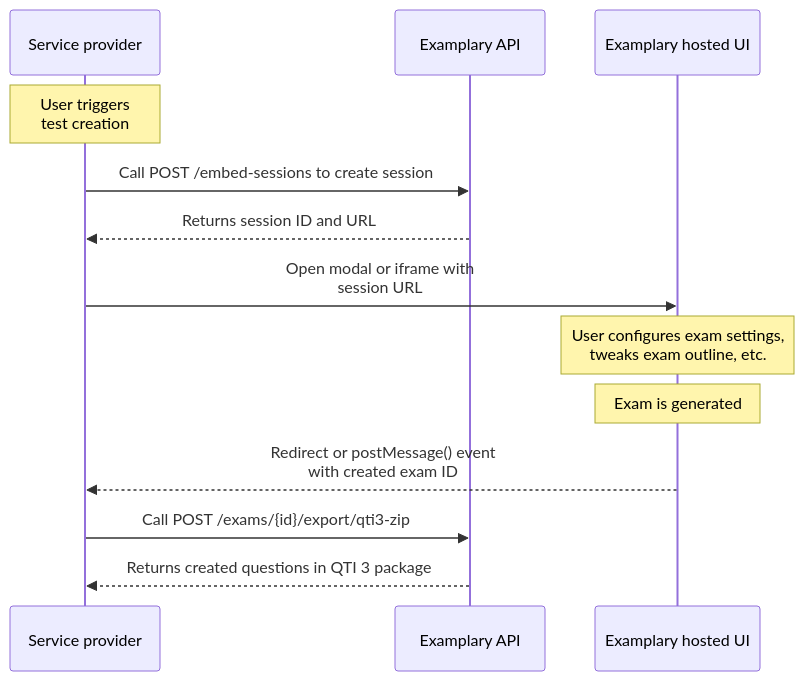
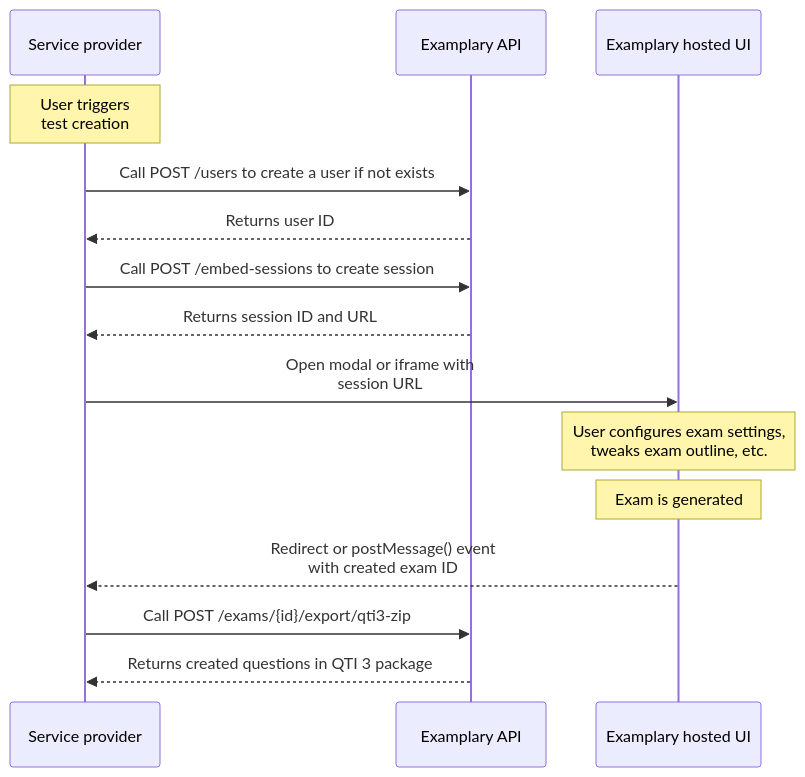
Before and after one commit to examplary-ai/developer-docs: the diagram in docs/embed-sessions/index.md, drawn with Mermaid. The commit also changed 1 other file, not shown here.

Commit message:
chore(embed): add docs on creating users

````diff
--- a/docs/embed-sessions/index.md
+++ b/docs/embed-sessions/index.md
@@ -29,21 +29,24 @@
 ```mermaid
 sequenceDiagram
     participant Dev as Service provider
     participant API as Examplary API
     participant UI as Examplary hosted UI
 
     Note over Dev: User triggers<br/>test creation
+
+    Dev->>API: Call POST /users to create a user if not exists
+    API-->>Dev: Returns user ID
 
     Dev->>API: Call POST /embed-sessions to create session
     API-->>Dev: Returns session ID and URL
 
     Dev->>UI: Open modal or iframe with<br/>session URL
 
     Note over UI: User configures exam settings,<br/>tweaks exam outline, etc.
     Note over UI: Exam is generated
 
     UI-->>Dev: Redirect or postMessage() event<br/>with created exam ID
 
     Dev->>API: Call POST /exams/{id}/export/qti3-zip
     API-->>Dev: Returns created questions in QTI 3 package
 ```
````
